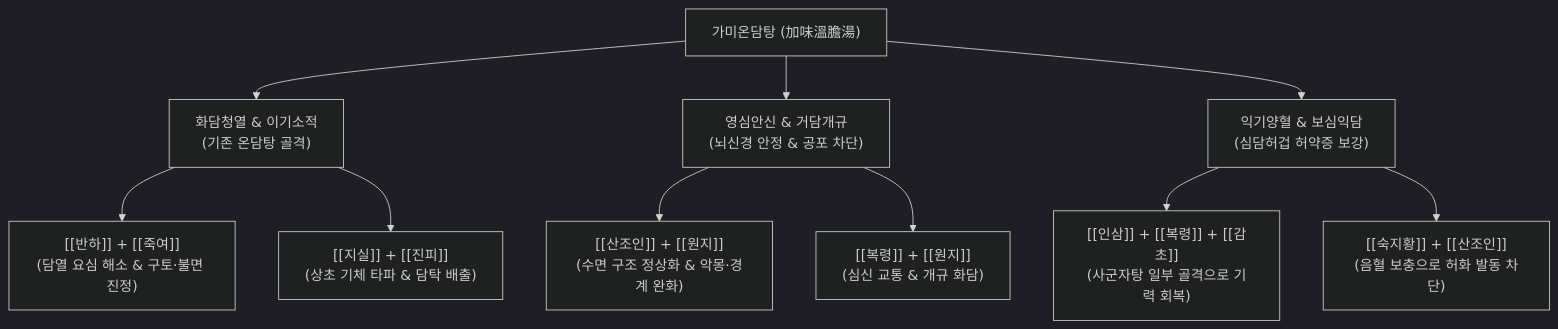
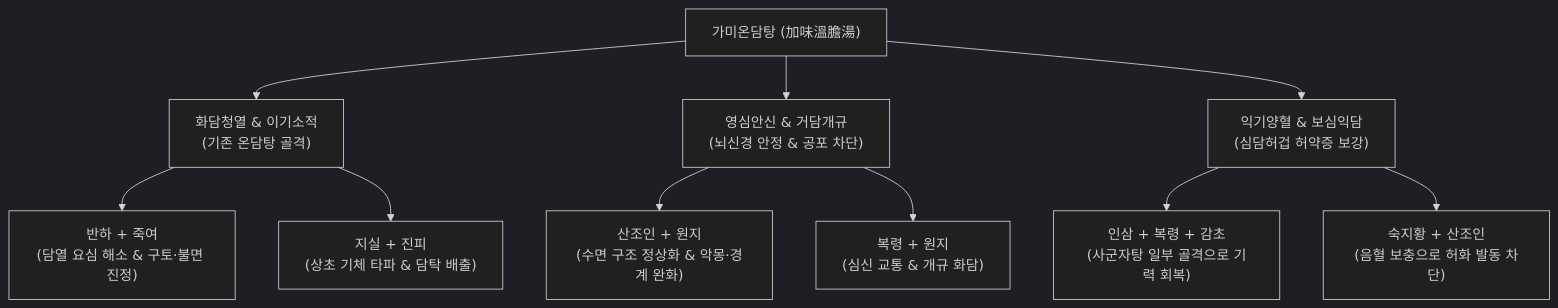
One commit to simbio11/simbio-digital-garden2 changed the diagram in content/2. 약리 공부/처방/04_이기·화해제/가미온담탕.md. Above: the diagram before and after it, drawn with Mermaid (dark theme). The commit also changed other lines of this file and 122 other files, not shown here.

````diff
--- a/content/2. 약리 공부/처방/04_이기·화해제/가미온담탕.md
+++ b/content/2. 약리 공부/처방/04_이기·화해제/가미온담탕.md
@@ -64,15 +65,15 @@
 ```mermaid
 graph TD
     A["가미온담탕 (加味溫膽湯)"] --> B["화담청열 & 이기소적<br/>(기존 온담탕 골격)"]
     A --> C["영심안신 & 거담개규<br/>(뇌신경 안정 & 공포 차단)"]
     A --> D["익기양혈 & 보심익담<br/>(심담허겁 허약증 보강)"]
 
-    B --> B1["[[반하]] + [[죽여]]<br/>(담열 요심 해소 & 구토·불면 진정)"]
-    B --> B2["[[지실]] + [[진피]]<br/>(상초 기체 타파 & 담탁 배출)"]
+    B --> B1["반하 + 죽여<br/>(담열 요심 해소 & 구토·불면 진정)"]
+    B --> B2["지실 + 진피<br/>(상초 기체 타파 & 담탁 배출)"]
 
-    C --> C1["[[산조인]] + [[원지]]<br/>(수면 구조 정상화 & 악몽·경계 완화)"]
-    C --> C2["[[복령]] + [[원지]]<br/>(심신 교통 & 개규 화담)"]
+    C --> C1["산조인 + 원지<br/>(수면 구조 정상화 & 악몽·경계 완화)"]
+    C --> C2["복령 + 원지<br/>(심신 교통 & 개규 화담)"]
 
-    D --> D1["[[인삼]] + [[복령]] + [[감초]]<br/>(사군자탕 일부 골격으로 기력 회복)"]
-    D --> D2["[[숙지황]] + [[산조인]]<br/>(음혈 보충으로 허화 발동 차단)"]
+    D --> D1["인삼 + 복령 + 감초<br/>(사군자탕 일부 골격으로 기력 회복)"]
+    D --> D2["숙지황 + 산조인<br/>(음혈 보충으로 허화 발동 차단)"]
 ```
````
